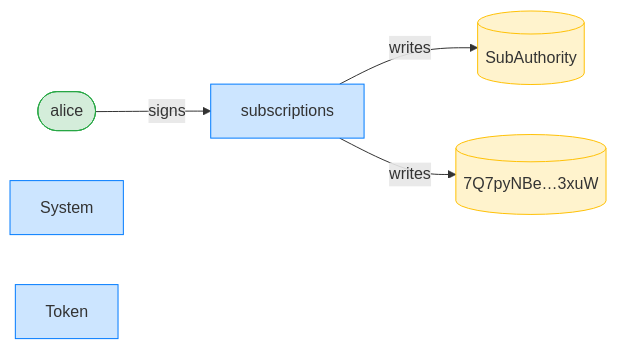
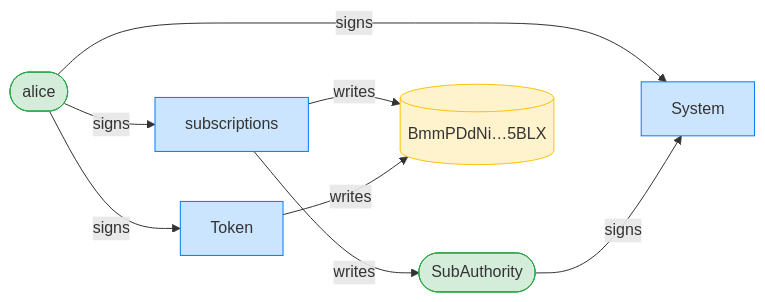
One commit to cds-rs/subscriptions changed the third of 8 diagrams in dsl_tests/recurring-transfer-past-the-drift-window-is-refused.md. Above: the diagram before and after it, drawn with Mermaid. The commit also changed other lines of this file and 224 other files, not shown here.

````diff
--- a/dsl_tests/recurring-transfer-past-the-drift-window-is-refused.md
+++ b/dsl_tests/recurring-transfer-past-the-drift-window-is-refused.md
@@ -55,15 +56,19 @@
 ```mermaid
 flowchart LR
     classDef signer fill:#d4edda,stroke:#28a745;
     classDef program fill:#cce5ff,stroke:#007bff;
     classDef writable fill:#fff3cd,stroke:#ffc107;
     subscriptions[subscriptions]:::program
     alice([alice]):::signer
-    SubAuthority[(SubAuthority)]:::writable
-    7Q7pyNBe_3xuW[("7Q7pyNBe…3xuW")]:::writable
+    SubAuthority([SubAuthority]):::signer
+    BmmPDdNi_5BLX[("BmmPDdNi…5BLX")]:::writable
     System[System]:::program
     Token[Token]:::program
     alice -->|signs| subscriptions
+    alice -->|signs| System
+    SubAuthority -->|signs| System
+    alice -->|signs| Token
     subscriptions -->|writes| SubAuthority
-    subscriptions -->|writes| 7Q7pyNBe_3xuW
+    subscriptions -->|writes| BmmPDdNi_5BLX
+    Token -->|writes| BmmPDdNi_5BLX
 ```
````
